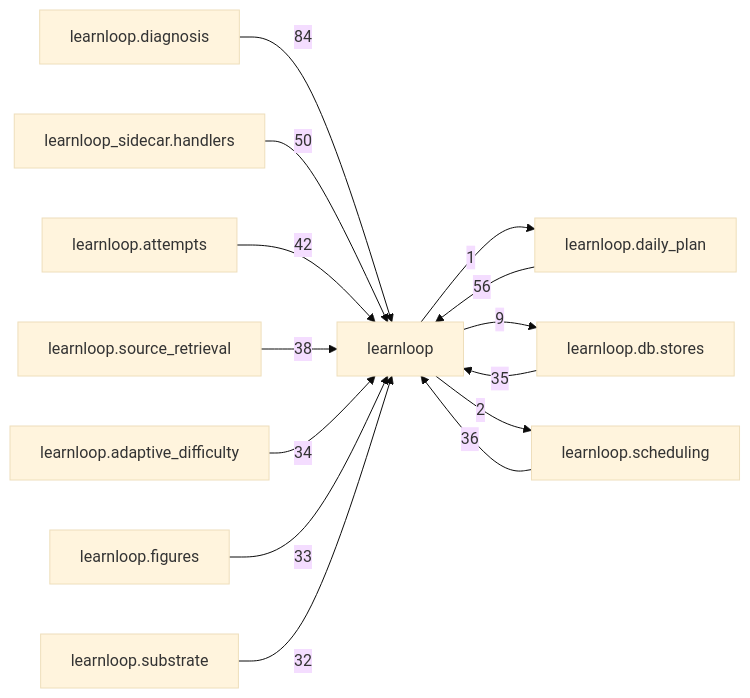
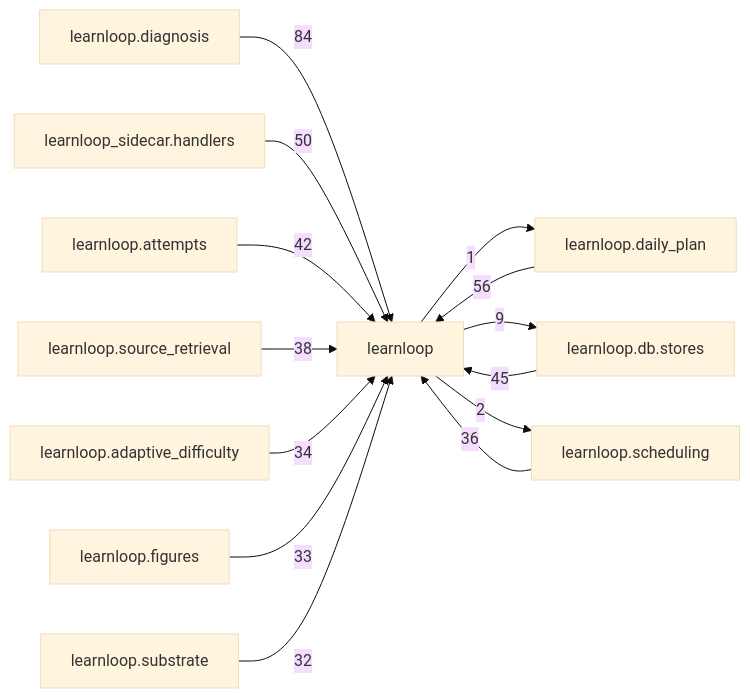
One commit to 6up-b/learnanything changed the diagram in docs/learnloop-architecture-vault/Reference/Modules/learnloop/_package.md. Above: the diagram before and after it, drawn with Mermaid (base theme). The commit also changed other lines of this file and 136 other files, not shown here.

````diff
--- a/docs/learnloop-architecture-vault/Reference/Modules/learnloop/_package.md
+++ b/docs/learnloop-architecture-vault/Reference/Modules/learnloop/_package.md
@@ -259,27 +259,27 @@
 ```mermaid
 flowchart LR
     center["learnloop"]
     n_learnloop_diagnosis["learnloop.diagnosis"]
     n_learnloop_daily_plan["learnloop.daily_plan"]
+    n_learnloop_db_stores["learnloop.db.stores"]
     n_learnloop_sidecar_handlers["learnloop_sidecar.handlers"]
-    n_learnloop_db_stores["learnloop.db.stores"]
     n_learnloop_attempts["learnloop.attempts"]
     n_learnloop_scheduling["learnloop.scheduling"]
     n_learnloop_source_retrieval["learnloop.source_retrieval"]
     n_learnloop_adaptive_difficulty["learnloop.adaptive_difficulty"]
     n_learnloop_figures["learnloop.figures"]
     n_learnloop_substrate["learnloop.substrate"]
     n_learnloop_diagnosis -->|84| center
     n_learnloop_daily_plan -->|56| center
     center -->|1| n_learnloop_daily_plan
+    n_learnloop_db_stores -->|45| center
+    center -->|9| n_learnloop_db_stores
     n_learnloop_sidecar_handlers -->|50| center
-    n_learnloop_db_stores -->|35| center
-    center -->|9| n_learnloop_db_stores
     n_learnloop_attempts -->|42| center
     n_learnloop_scheduling -->|36| center
     center -->|2| n_learnloop_scheduling
     n_learnloop_source_retrieval -->|38| center
     n_learnloop_adaptive_difficulty -->|34| center
     n_learnloop_figures -->|33| center
     n_learnloop_substrate -->|32| center
 ```
````
